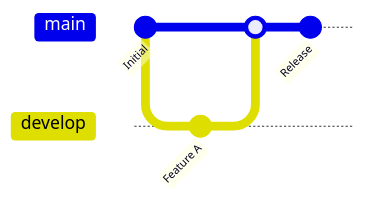
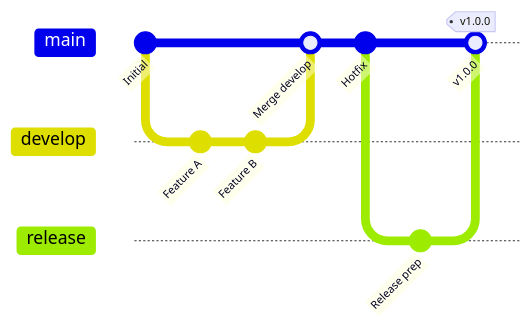
One commit to younwony/TIL changed the tenth of 26 diagrams in .claude/skills/mermaid-diagram/SKILL.md. Above: the diagram before and after it, drawn with Mermaid. The commit also changed other lines of this file and 1 other file, not shown here.

Commit message:
docs: Mermaid 다이어그램 문서 확장 및 SVG 다이어그램 가이드 추가

````diff
--- a/.claude/skills/mermaid-diagram/SKILL.md
+++ b/.claude/skills/mermaid-diagram/SKILL.md
@@ -178,10 +378,16 @@
 ```mermaid
 gitGraph
     commit id: "Initial"
     branch develop
     checkout develop
     commit id: "Feature A"
+    commit id: "Feature B"
     checkout main
-    merge develop
-    commit id: "Release"
+    merge develop id: "Merge develop"
+    commit id: "Hotfix"
+    branch release
+    checkout release
+    commit id: "Release prep"
+    checkout main
+    merge release id: "v1.0.0" tag: "v1.0.0"
 ```
````
